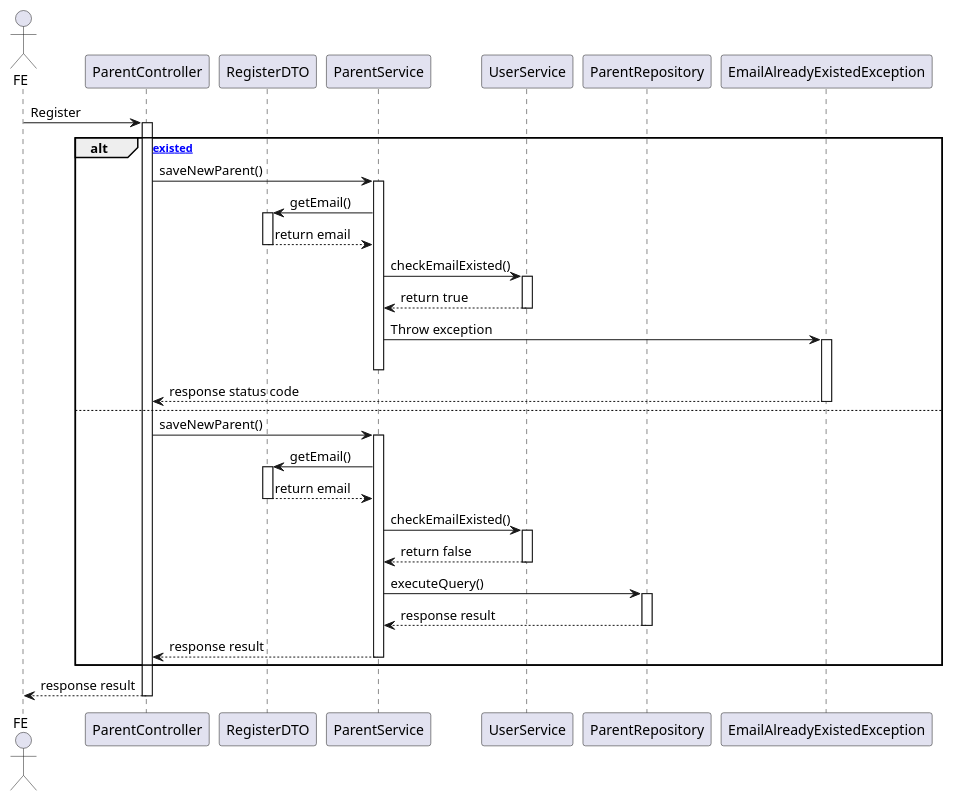
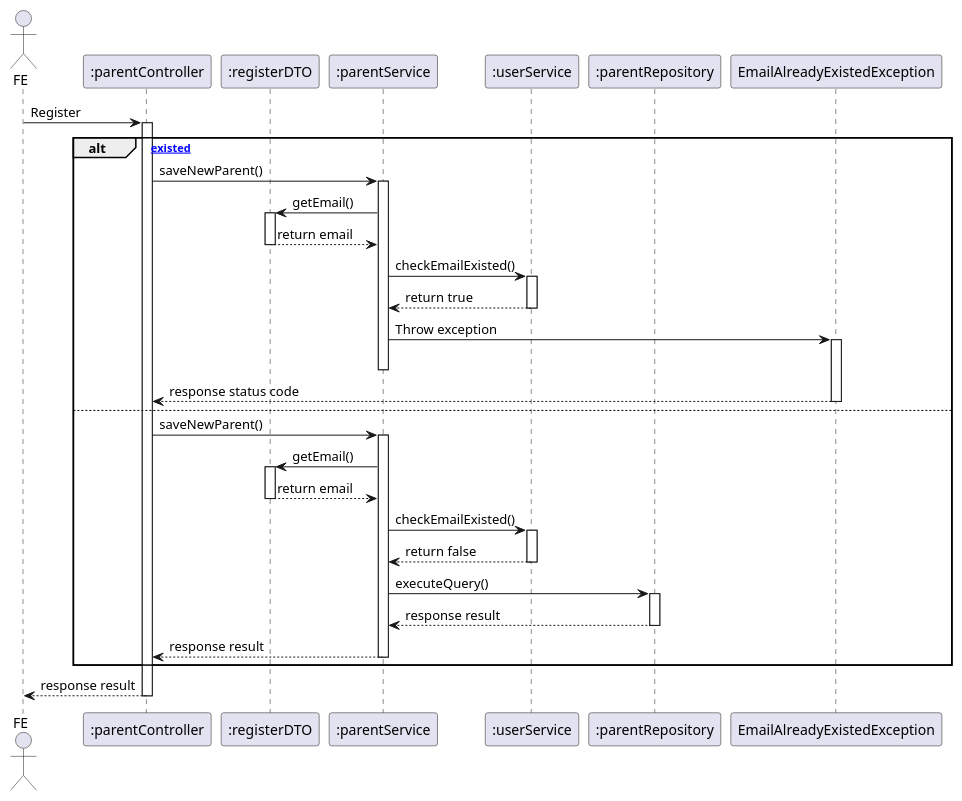
One commit to tmq3007/kindergarten-suggestion changed the diagram in Register.puml. Above: the diagram before and after it, drawn with PlantUML. The commit also changed 21 other files, not shown here.

```diff
--- a/Register.puml
+++ b/Register.puml
@@ -1,57 +1,57 @@
 @startuml
 
 actor FE
-participant ParentController
-participant RegisterDTO
-participant ParentService
-participant UserService
-participant ParentRepository
+participant ":parentController" as ParentController
+participant ":registerDTO" as RegisterDTO
+participant ":parentService" as ParentService
+participant ":userService" as UserService
+participant ":parentRepository" as ParentRepository
 participant EmailAlreadyExistedException
 
 FE -> ParentController : Register
 
 alt [Email existed]
     activate ParentController
     ParentController -> ParentService : saveNewParent()
     activate ParentService
     ParentService -> RegisterDTO : getEmail()
     activate RegisterDTO
     RegisterDTO --> ParentService : return email
     deactivate RegisterDTO
     ParentService -> UserService : checkEmailExisted()
     activate UserService
     UserService --> ParentService : return true
     deactivate UserService
     ParentService -> EmailAlreadyExistedException : Throw exception
     activate EmailAlreadyExistedException
     deactivate ParentService
     EmailAlreadyExistedException --> ParentController : response status code
     deactivate EmailAlreadyExistedException
 
 else
 
     ParentController -> ParentService : saveNewParent()
     activate ParentService
     ParentService -> RegisterDTO : getEmail()
     activate RegisterDTO
     RegisterDTO --> ParentService : return email
     deactivate RegisterDTO
     ParentService -> UserService : checkEmailExisted()
     activate UserService
     UserService --> ParentService : return false
     deactivate UserService
     ParentService -> ParentRepository : executeQuery()
     activate ParentRepository
     ParentRepository --> ParentService : response result
     deactivate ParentRepository
     ParentService --> ParentController : response result
     deactivate ParentService
 
 end
 
 ParentController --> FE : response result
 
 deactivate ParentController
 
 
 @enduml
```
